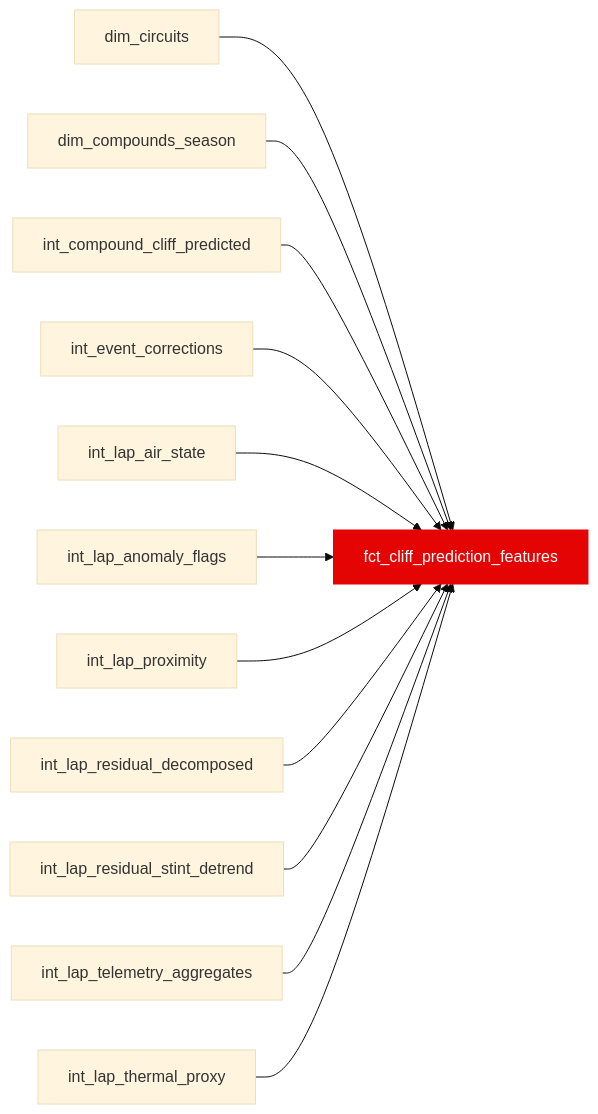
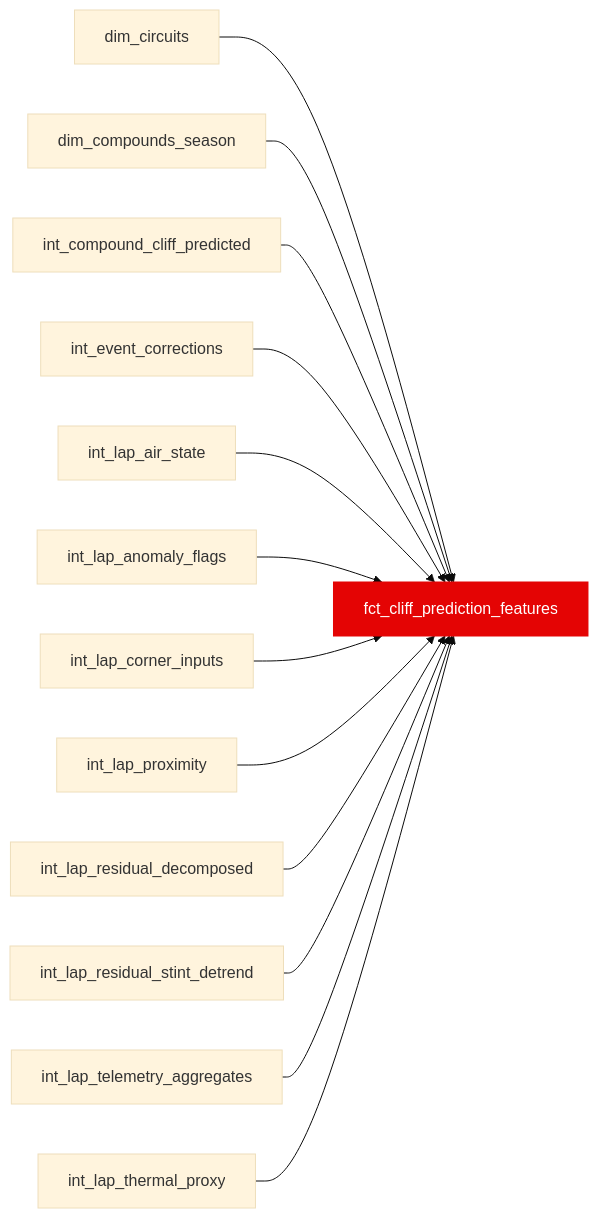
One commit to JustinClarke/off-the-pace changed the diagram in docs/reference/models/fct/fct_cliff_prediction_features.mdx. Above: the diagram before and after it, drawn with Mermaid (base theme). The commit also changed other lines of this file and 40 other files, not shown here.

````diff
--- a/docs/reference/models/fct/fct_cliff_prediction_features.mdx
+++ b/docs/reference/models/fct/fct_cliff_prediction_features.mdx
@@ -19,15 +19,16 @@
 ```mermaid
 flowchart LR
   dim_circuits --> fct_cliff_prediction_features
   dim_compounds_season --> fct_cliff_prediction_features
   int_compound_cliff_predicted --> fct_cliff_prediction_features
   int_event_corrections --> fct_cliff_prediction_features
   int_lap_air_state --> fct_cliff_prediction_features
   int_lap_anomaly_flags --> fct_cliff_prediction_features
+  int_lap_corner_inputs --> fct_cliff_prediction_features
   int_lap_proximity --> fct_cliff_prediction_features
   int_lap_residual_decomposed --> fct_cliff_prediction_features
   int_lap_residual_stint_detrend --> fct_cliff_prediction_features
   int_lap_telemetry_aggregates --> fct_cliff_prediction_features
   int_lap_thermal_proxy --> fct_cliff_prediction_features
   style fct_cliff_prediction_features fill:#e40404,stroke:#e40404,color:#fff
 ```
````
